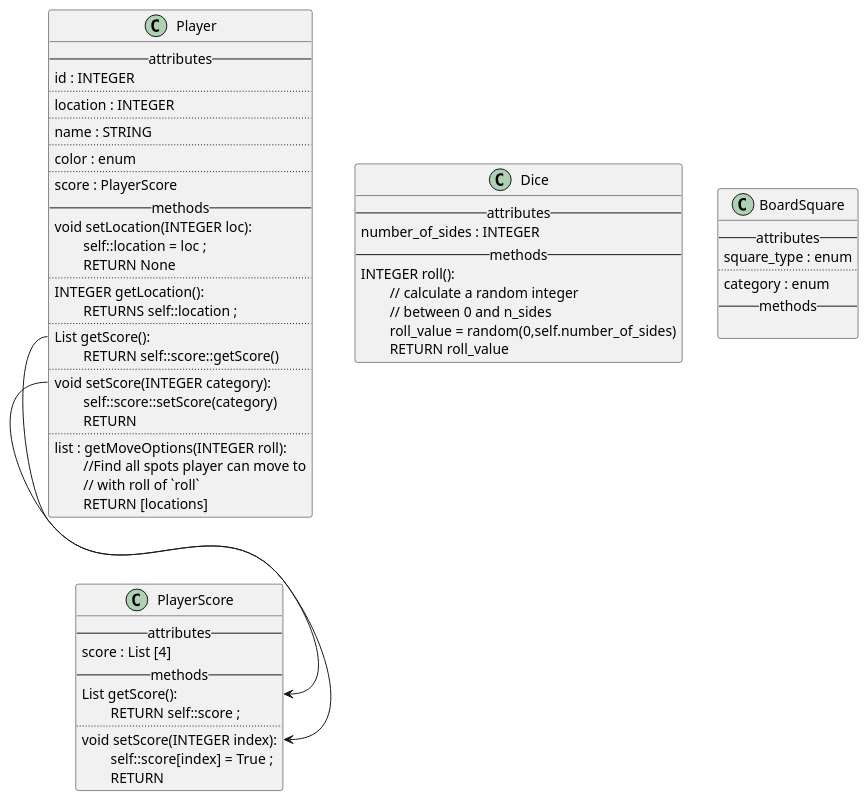
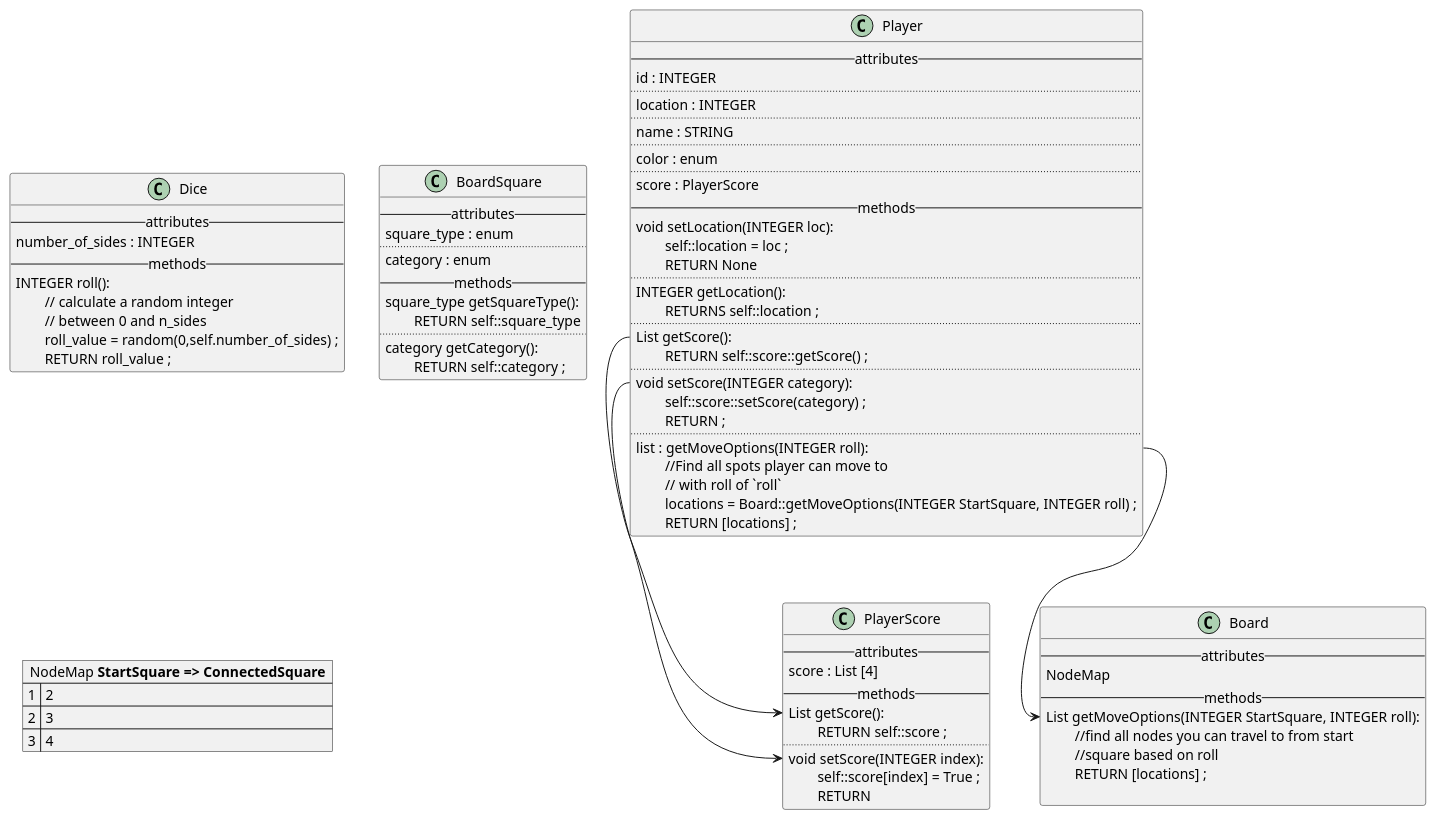
Before and after one commit to ttimmer2/TrivialCompute: the diagram in Class_Diagrams/pseudocode.puml, drawn with PlantUML.

Commit message:
update puml with other values

```diff
--- a/Class_Diagrams/pseudocode.puml
+++ b/Class_Diagrams/pseudocode.puml
@@ -1,84 +1,107 @@
 @startuml
 ' Class definitions and pseudocode
 class Player {
   --attributes--
   id : INTEGER
   ..
   location : INTEGER
   ..
   name : STRING
   ..
   color : enum
   ..
   score : PlayerScore
   --methods--
   void setLocation(INTEGER loc):
   \tself::location = loc ;
   \tRETURN None
   ..
   INTEGER getLocation():
   \tRETURNS self::location ;
   ..
   List getScore():
-  \tRETURN self::score::getScore()
+  \tRETURN self::score::getScore() ;
   ..
   void setScore(INTEGER category):
-  \tself::score::setScore(category)
-  \tRETURN
+  \tself::score::setScore(category) ;
+  \tRETURN ;
   ..
   list : getMoveOptions(INTEGER roll):
   \t//Find all spots player can move to
   \t// with roll of `roll`
-  \tRETURN [locations]
+  \tlocations = Board::getMoveOptions(INTEGER StartSquare, INTEGER roll) ;
+  \tRETURN [locations] ;
 }
 
 class PlayerScore{
   --attributes--
   score : List [4]
   --methods--
   List getScore():
   \tRETURN self::score ;
   ..
   void setScore(INTEGER index):
   \tself::score[index] = True ;
   \tRETURN
 }
 
 class Dice{
   --attributes--
   number_of_sides : INTEGER
   --methods--
   INTEGER roll():
   \t// calculate a random integer
   \t// between 0 and n_sides
-  \troll_value = random(0,self.number_of_sides)
-  \tRETURN roll_value
+  \troll_value = random(0,self.number_of_sides) ;
+  \tRETURN roll_value ;
 }
 
 class BoardSquare{
   --attributes--
   square_type : enum
   ..
   category : enum
   --methods--
+  square_type getSquareType():
+  \tRETURN self::square_type
+  ..
+  category getCategory():
+  \tRETURN self::category ;
+}
+
+map "NodeMap **StartSquare => ConnectedSquare**" as NodeMap {
+1 => 2
+2 => 3
+3 => 4
+}
+
+Class Board{
+  --attributes--
+  NodeMap
+  --methods--
+  List getMoveOptions(INTEGER StartSquare, INTEGER roll):
+  \t//find all nodes you can travel to from start
+  \t//square based on roll
+  \tRETURN [locations] ;
 
 }
 
 ' attribute connections
 'Player::location <-- Player::getLocation
 'Player::location <-- Player::setLocation
 Player::getScore --> PlayerScore::getScore
 Player::setScore --> PlayerScore::setScore
+Player::getMoveOptions --> Board::getMoveOptions
 
 /'
     When Given <some precondition>
 
 And <additional preconditions> Optional
 
 When <an action/trigger occurs>
 
 Then <some post condition>
 
 And <additional post conditions> Optional
 '/
 @enduml
```
